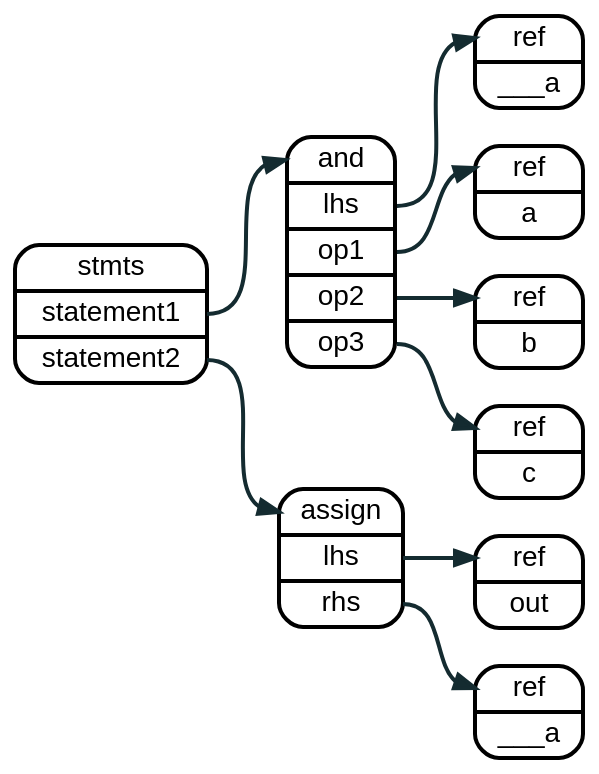
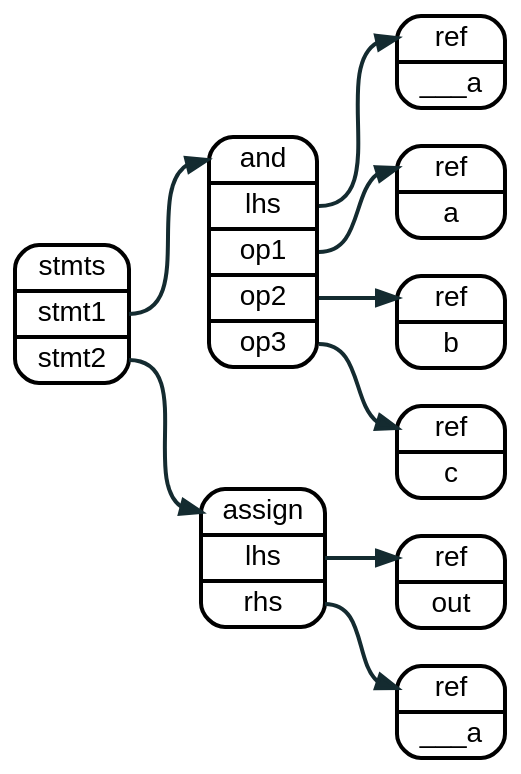
The diagram in source/graphviz/and.dot (sakshi15108/lnast-doc), drawn with Graphviz before and after one commit. The commit also changed 29 other files, not shown here.

```diff
--- a/source/graphviz/and.dot
+++ b/source/graphviz/and.dot
@@ -1,33 +1,33 @@
 digraph assign {
   rankdir=LR
   bgcolor="transparent"
 
   node  [fontname = "helvetica", shape=record, style="rounded", penwidth = 2];
   edge  [fontname = "helvetica", color="#142b30", arrowhead="normal", penwidth = 2];
   graph [fontname = "helvetica"];
 
 
   node_1 [label = "<a> and | <l> lhs  | <r1> op1 | <r2> op2 | <r3> op3 "];
   node_2 [label = "<a> ref   | <l> ___a"];
   node_3 [label = "<a> ref   | <l> a"];
   node_4 [label = "<a> ref   | <l> b"];
   node_5 [label = "<a> ref   | <l> c"];
 
   node_6 [label = "<a> assign | <l> lhs  | <r> rhs"];
   node_7 [label = "<a> ref   | <l> out"];
   node_8 [label = "<a> ref   | <l> ___a"];
 
-  node_9 [label = "<a> stmts | <s1> statement1 | <s2> statement2"];
+  node_9 [label = "<a> stmts | <s1> stmt1 | <s2> stmt2"];
 
   node_9:s1 -> node_1:a;
   node_9:s2 -> node_6:a;
 
   node_1:l ->  node_2:a;
   node_1:r1 -> node_3:a;
   node_1:r2 -> node_4:a;
   node_1:r3 -> node_5:a;
 
   node_6:l  -> node_7:a;
   node_6:r  -> node_8:a;
 
 }
```
